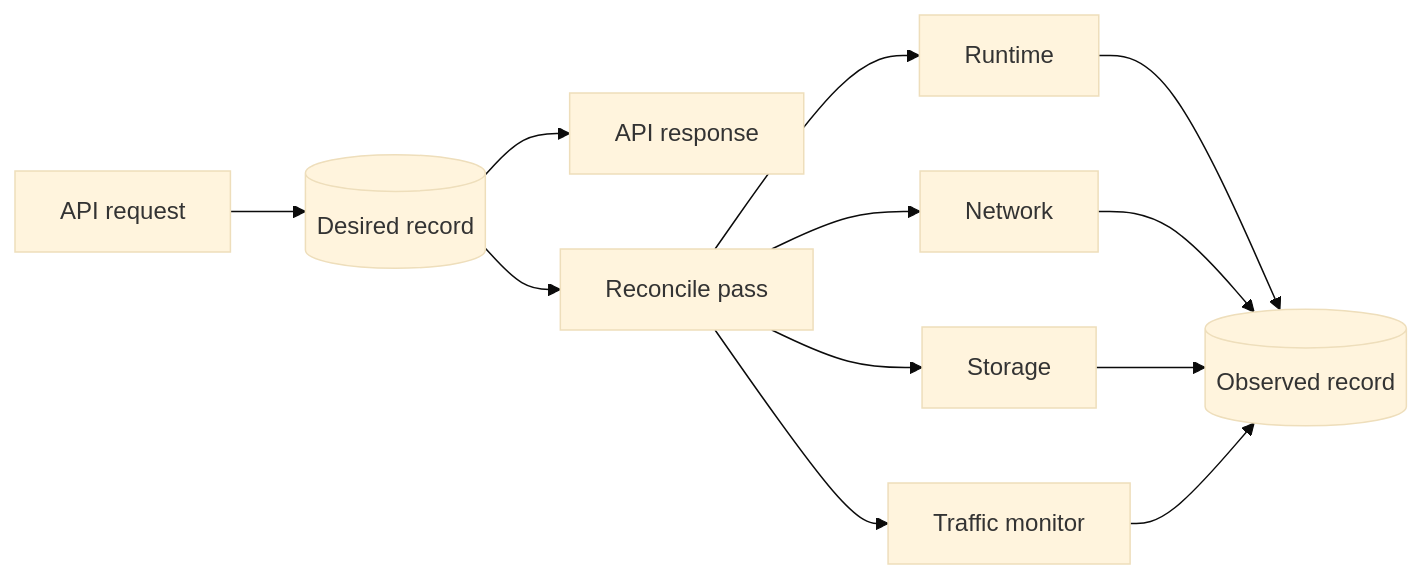
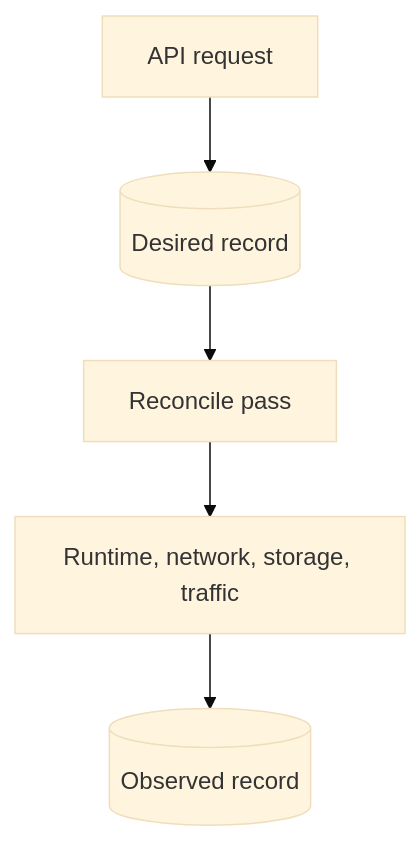
Before and after one commit to 20vikash/atlas: the diagram in metal/internal/vm/SPEC.md, drawn with Mermaid (base theme). The commit also changed other lines of this file and 158 other files, not shown here.

````diff
--- a/metal/internal/vm/SPEC.md
+++ b/metal/internal/vm/SPEC.md
@@ -13,14 +13,7 @@
 ```mermaid
-flowchart LR
+flowchart TB
     Request[API request] --> Desired[(Desired record)]
-    Desired --> Response[API response]
     Desired --> Reconcile[Reconcile pass]
-    Reconcile --> Runtime[Runtime]
-    Reconcile --> Network[Network]
-    Reconcile --> Storage[Storage]
-    Reconcile --> Traffic[Traffic monitor]
-    Runtime --> Observed[(Observed record)]
-    Network --> Observed
-    Storage --> Observed
-    Traffic --> Observed
+    Reconcile --> Host[Runtime, network, storage, traffic]
+    Host --> Observed[(Observed record)]
 ```
````
